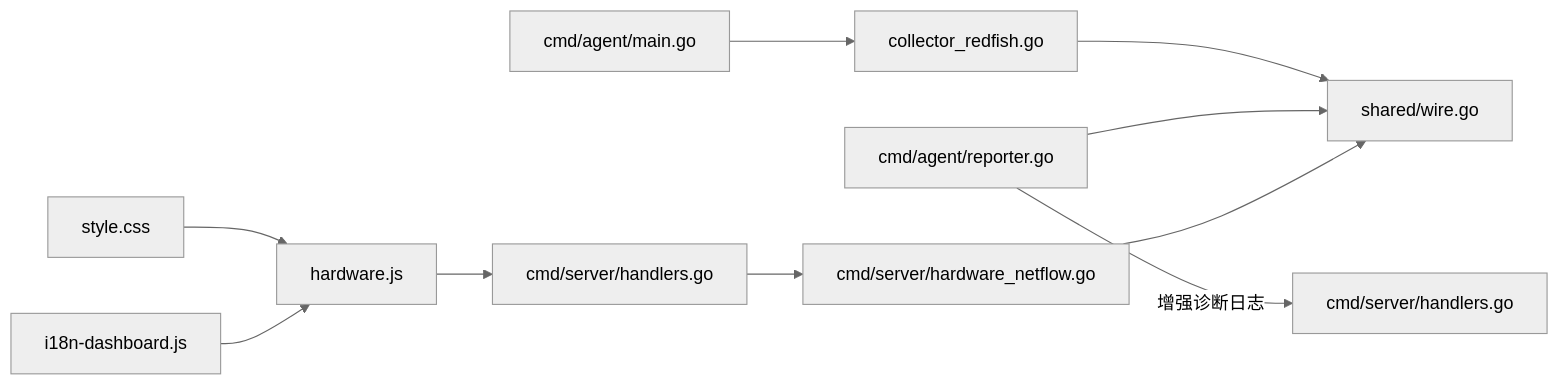
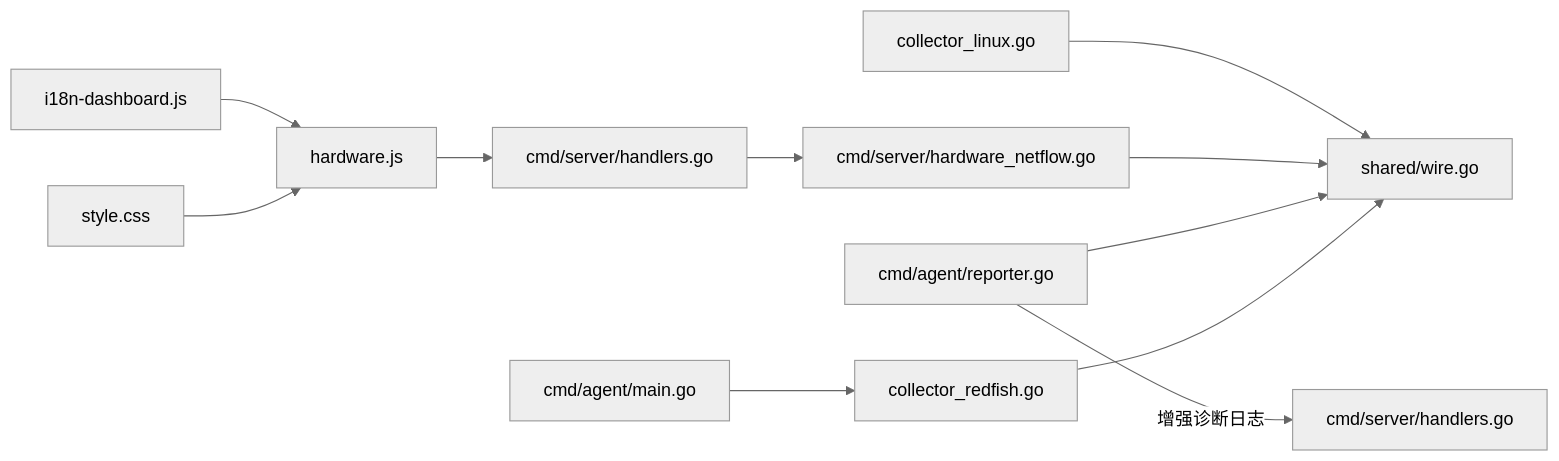
Before and after one commit to sreyun/aiops-monitor: the seventh of 7 diagrams in .qoder/repowiki/zh/content/架构设计/Agent 客户端架构/Redfish硬件采集器.md, drawn with Mermaid (neutral theme). The commit also changed other lines of this file and 55 other files, not shown here.

````diff
--- a/.qoder/repowiki/zh/content/架构设计/Agent 客户端架构/Redfish硬件采集器.md
+++ b/.qoder/repowiki/zh/content/架构设计/Agent 客户端架构/Redfish硬件采集器.md
@@ -596,12 +638,13 @@
 ```mermaid
 graph LR
 CR["collector_redfish.go"] --> SW["shared/wire.go"]
 AM["cmd/agent/main.go"] --> CR
 REP["cmd/agent/reporter.go"] --> SW
 REP --> |"增强诊断日志"| SV["cmd/server/handlers.go"]
 HG["cmd/server/handlers.go"] --> HN["cmd/server/hardware_netflow.go"]
 HN --> SW
+LNX["collector_linux.go"] --> SW
 HWJS["hardware.js"] --> HG
 STYLE["style.css"] --> HWJS
 I18N["i18n-dashboard.js"] --> HWJS
 ```
````
